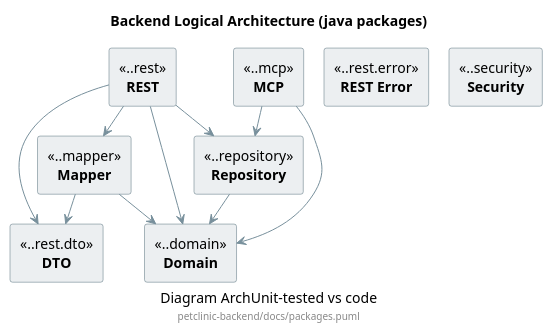
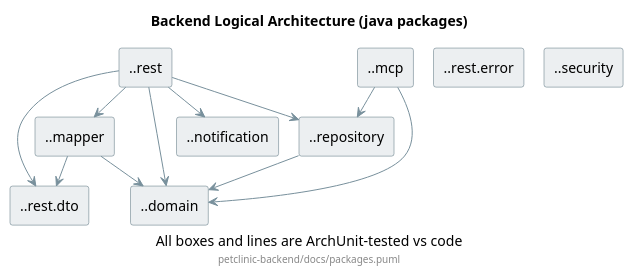
The diagram in petclinic-backend/docs/packages.puml (kashann/petclinic), drawn with PlantUML before and after one commit. The commit also changed 140 other files, not shown here.

```diff
--- a/petclinic-backend/docs/packages.puml
+++ b/petclinic-backend/docs/packages.puml
@@ -1,46 +1,45 @@
 @startuml
 
 title Backend Logical Architecture (java packages)
-caption Diagram ArchUnit-tested vs code
+caption All boxes and lines are ArchUnit-tested vs code
 footer petclinic-backend/docs/packages.puml
 
 skinparam shadowing false
 skinparam componentStyle rectangle
 skinparam nodesep 20
+' the box label is the package pattern itself, which ArchUnit reads from the stereotype;
+' the stereotype is hidden so the pattern is not printed twice
+hide stereotype
 skinparam ranksep 30
 <style>
 component {
   BackGroundColor #ECEFF1
   LineColor #546E7A
-  FontStyle bold
-  ' only the component name is bold; the package pattern above it stays plain
-  ' (never write a stereotype in a comment — PackagesArchTest greps the raw file)
-  stereotype {
-    FontStyle plain
-  }
 }
 arrow {
   LineColor #78909C
 }
 </style>
 
-[REST] <<..rest>>
-[MCP] <<..mcp>>
-[REST Error] <<..rest.error>>
-[Security] <<..security>>
-[Mapper] <<..mapper>>
-[Repository] <<..repository>>
-[DTO] <<..rest.dto>>
-[Domain] <<..domain>>
+[..rest] <<..rest>>
+[..mcp] <<..mcp>>
+[..rest.error] <<..rest.error>>
+[..security] <<..security>>
+[..mapper] <<..mapper>>
+[..repository] <<..repository>>
+[..notification] <<..notification>>
+[..rest.dto] <<..rest.dto>>
+[..domain] <<..domain>>
 
-[Repository] --> [Domain]
-[Mapper] --> [Domain]
-[Mapper] --> [DTO]
-[REST] --> [Domain]
-[REST] --> [Repository]
-[REST] --> [Mapper]
-[REST] --> [DTO]
-[MCP] --> [Domain]
-[MCP] --> [Repository]
+[..repository] --> [..domain]
+[..mapper] --> [..domain]
+[..mapper] --> [..rest.dto]
+[..rest] --> [..domain]
+[..rest] --> [..repository]
+[..rest] --> [..mapper]
+[..rest] --> [..rest.dto]
+[..rest] --> [..notification]
+[..mcp] --> [..domain]
+[..mcp] --> [..repository]
 
 @enduml
```
